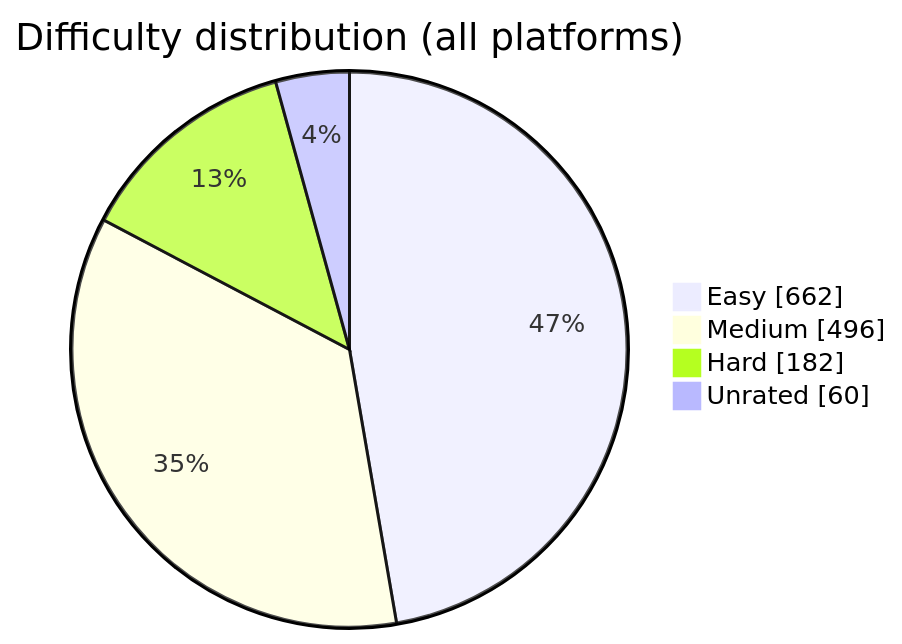
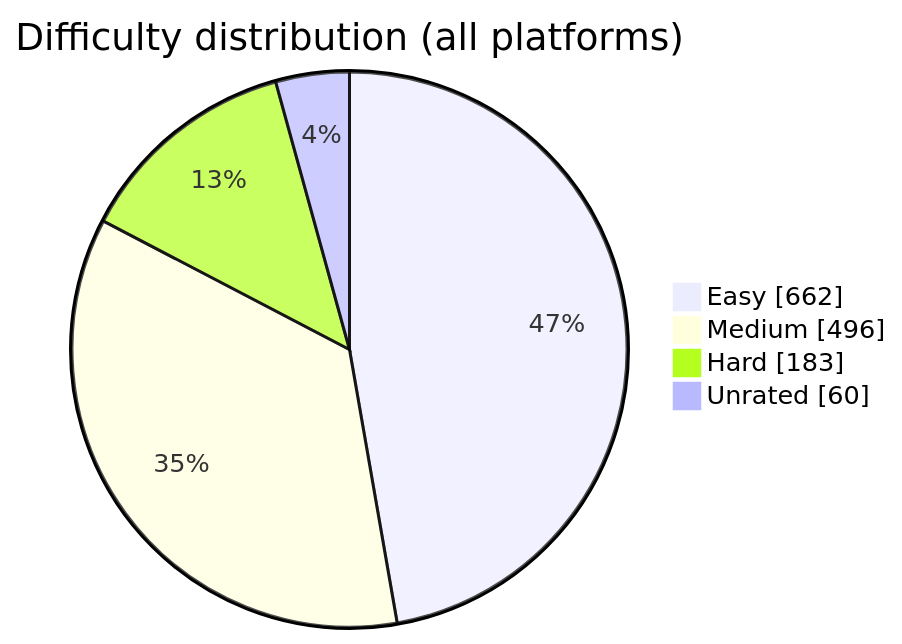
The diagram in README.md (BuildbyArindam/Daily-Coding-Log), drawn with Mermaid before and after one commit. The commit also changed other lines of this file, not shown here.

````diff
--- a/README.md
+++ b/README.md
@@ -93,7 +93,7 @@
 ```mermaid
 pie showData title Difficulty distribution (all platforms)
     "Easy" : 662
     "Medium" : 496
-    "Hard" : 182
+    "Hard" : 183
     "Unrated" : 60
 ```
````
